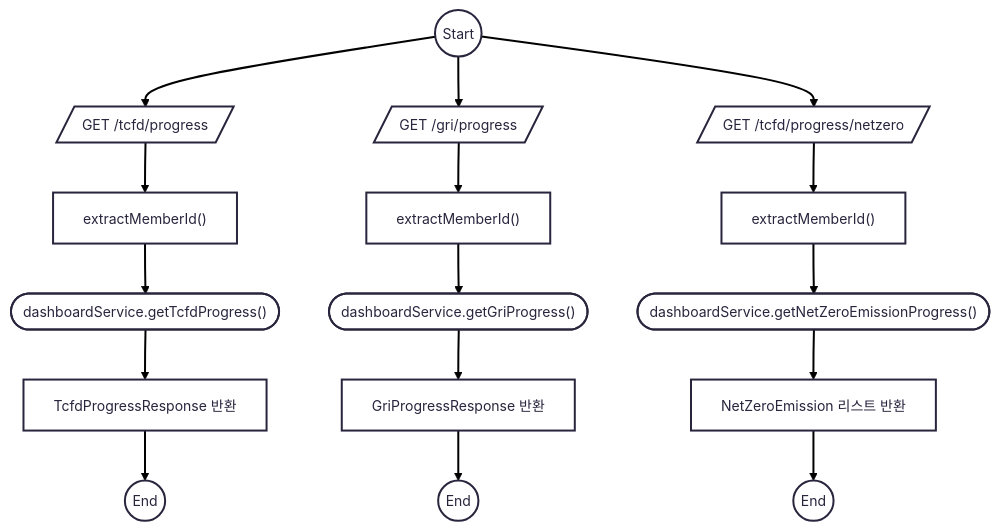
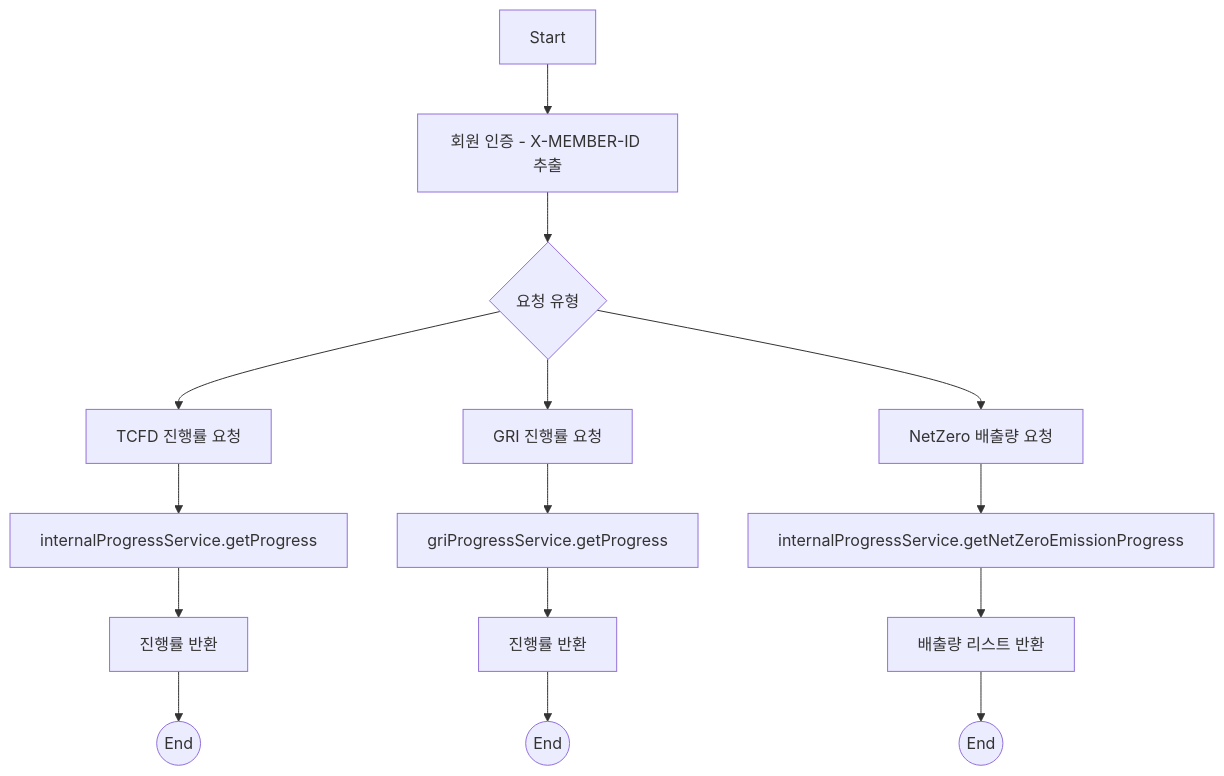
The diagram in README.md (NextSpringMysqlMSA/dashboard-service), drawn with Mermaid before and after one commit.

Commit message:
refactor: flowchart 수정

````diff
--- a/README.md
+++ b/README.md
@@ -1,29 +1,25 @@
 ```mermaid
----
-config:
-      theme: redux
----
 flowchart TD
-start((Start))
+A[Start] --> B[회원 인증 - X-MEMBER-ID 추출]
 
-%% TCFD 진행률 조회
-start --> TCFD[/GET /tcfd/progress/]
-TCFD --> TCFD_MID["extractMemberId()"]
-TCFD_MID --> TCFD_Svc(["dashboardService.getTcfdProgress()"])
-TCFD_Svc --> TCFD_Resp["TcfdProgressResponse 반환"]
-TCFD_Resp --> end1((End))
+%% 요청 유형 분기
+B --> C{요청 유형}
 
-%% GRI 진행률 조회
-start --> GRI[/GET /gri/progress/]
-GRI --> GRI_MID["extractMemberId()"]
-GRI_MID --> GRI_Svc(["dashboardService.getGriProgress()"])
-GRI_Svc --> GRI_Resp["GriProgressResponse 반환"]
-GRI_Resp --> end2((End))
+%% TCFD 진행률
+C --> D1[TCFD 진행률 요청]
+D1 --> E1[internalProgressService.getProgress]
+E1 --> F1[진행률 반환]
+F1 --> Z1((End))
 
-%% NetZero 배출량 진행률 조회
-start --> NetZero[/GET /tcfd/progress/netzero/]
-NetZero --> NZ_MID["extractMemberId()"]
-NZ_MID --> NZ_Svc(["dashboardService.getNetZeroEmissionProgress()"])
-NZ_Svc --> NZ_Resp["NetZeroEmission 리스트 반환"]
-NZ_Resp --> end3((End))
+%% GRI 진행률
+C --> D2[GRI 진행률 요청]
+D2 --> E2[griProgressService.getProgress]
+E2 --> F2[진행률 반환]
+F2 --> Z2((End))
+
+%% NetZero 배출량
+C --> D3[NetZero 배출량 요청]
+D3 --> E3[internalProgressService.getNetZeroEmissionProgress]
+E3 --> F3[배출량 리스트 반환]
+F3 --> Z3((End))
 ```
````
